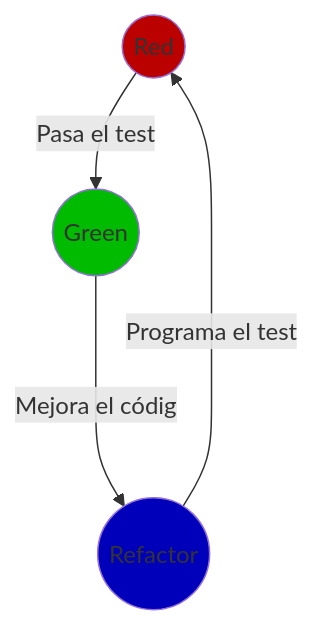
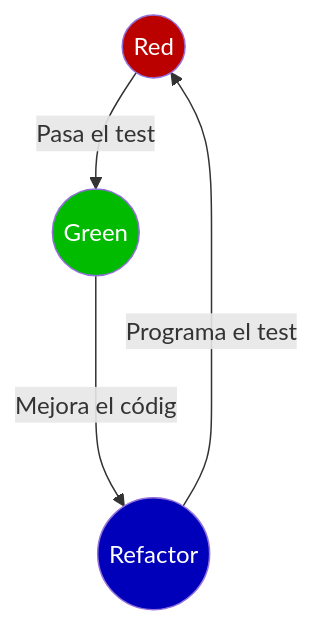
The sixth of 6 diagrams in README.md (juanjmerono/faker), drawn with Mermaid before and after one commit. The commit also changed other lines of this file, not shown here.

````diff
--- a/README.md
+++ b/README.md
@@ -332,9 +332,9 @@
 ```mermaid
 flowchart TB
     i1((Red))--Pasa el test-->i2((Green))
     i2--Mejora el código-->i3((Refactor))
     i3--Programa el test-->i1((Red))
-    style i1 fill:#b00
-    style i2 fill:#0b0
-    style i3 fill:#00b
+    style i1 fill:#b00,color:#fff
+    style i2 fill:#0b0,color:#fff
+    style i3 fill:#00b,color:#fff
 ```
````
